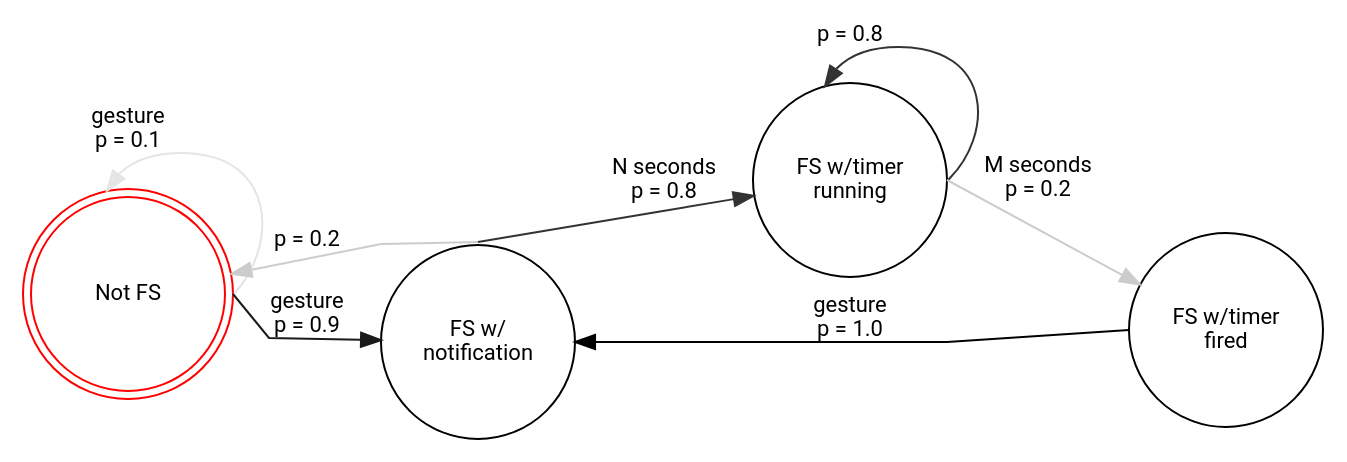
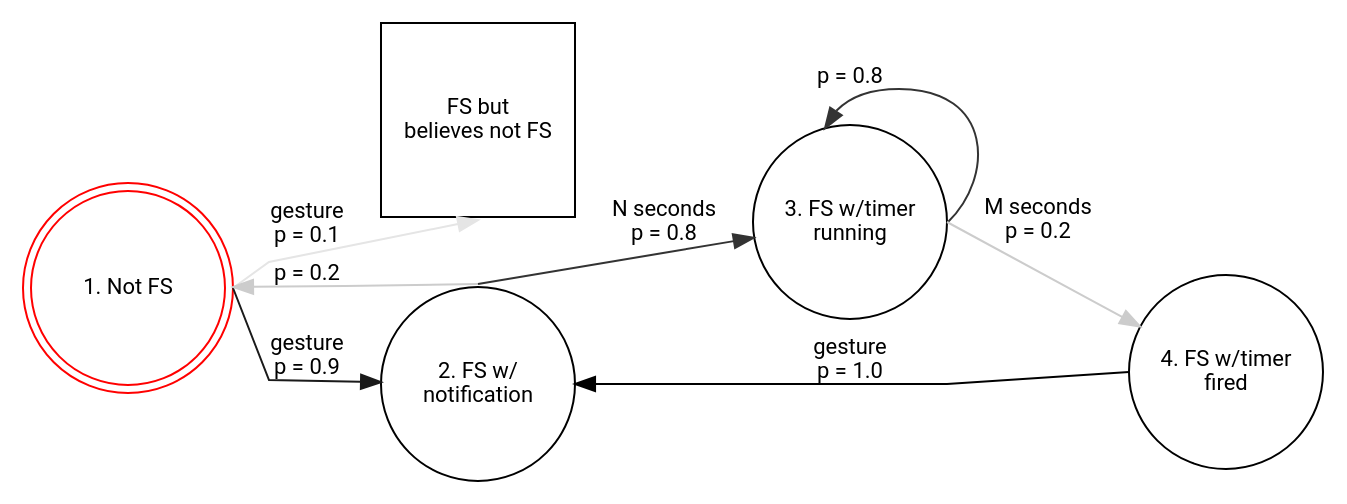
The diagram in 07-full-screen.dot (adrifelt/ux-model-graphs), drawn with Graphviz before and after one commit. The commit also changed 1 other file, not shown here.

```diff
--- a/07-full-screen.dot
+++ b/07-full-screen.dot
@@ -1,62 +1,66 @@
 digraph {
   splines = polyline;
   rankdir=LR;
   node [
     shape = circle
     fontname = "Roboto"
     fontsize = 11
     width = 1.35
     margin = 0
   ];
   edge [
     fontname = "Roboto"
     fontsize = 11
   ];
 
   nfs [
-    label = "Not FS"
+    label = "1. Not FS"
     color = red
     shape = doublecircle
   ];
+  nfs_confused [
+    label = "FS but\nbelieves not FS"
+    shape = square
+  ];
   fs_notif [
-    label = "FS w/\nnotification"
+    label = "2. FS w/\nnotification"
   ];
   fs_timer [
-    label = "FS w/timer\nrunning"
+    label = "3. FS w/timer\nrunning"
   ];
   fs_fired [
-    label = "FS w/timer\nfired"
+    label = "4. FS w/timer\nfired"
   ];
 
   nfs:e -> fs_notif [
     label = "gesture\np = 0.9"
     color = grey10
   ];
-  nfs:e -> nfs [
+  nfs:e -> nfs_confused:s [
     label = "gesture\np = 0.1"
     color = grey90
   ];
 
   fs_notif:n -> fs_timer [
     label = "N seconds\np = 0.8"
     color = grey20
   ];
   fs_notif:n -> nfs [
     label = "p = 0.2"
     color = grey80
   ];
 
   fs_timer:e -> fs_fired [
     label = "M seconds\np = 0.2"
     color = grey80
   ];
   fs_timer:e -> fs_timer [
     label = "p = 0.8"
     color = grey20
   ];
 
   fs_fired:w -> fs_notif [
     label = "gesture\np = 1.0"
     color = black
   ];
 }
```
